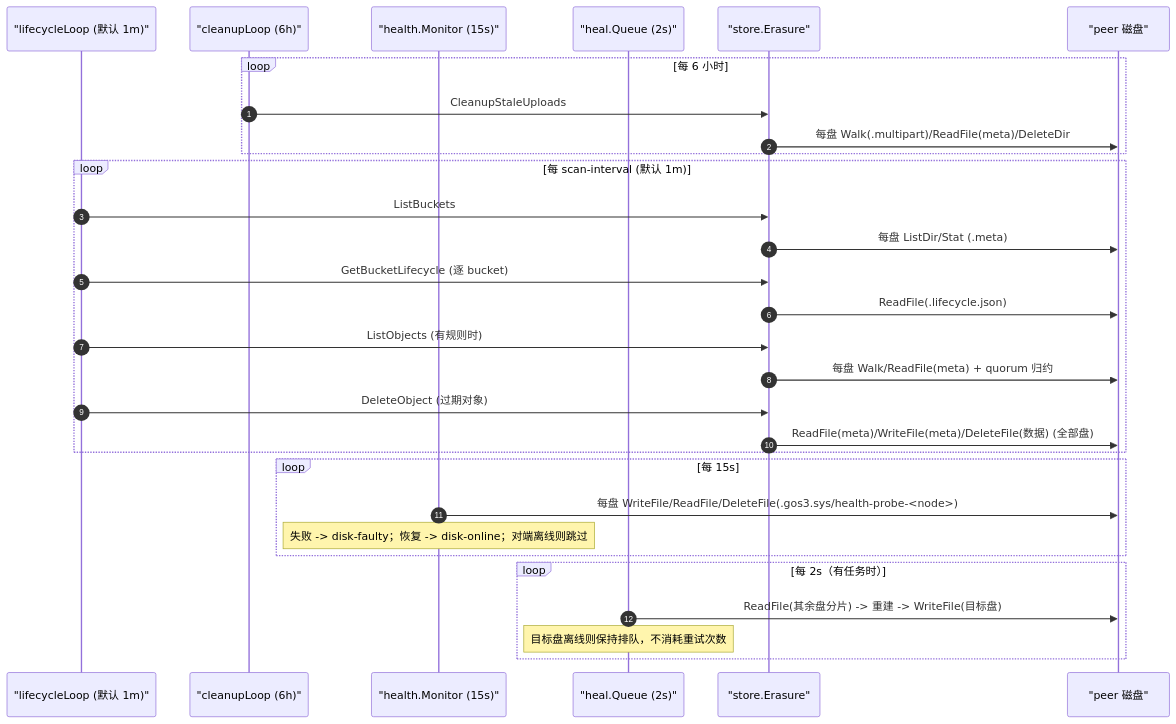
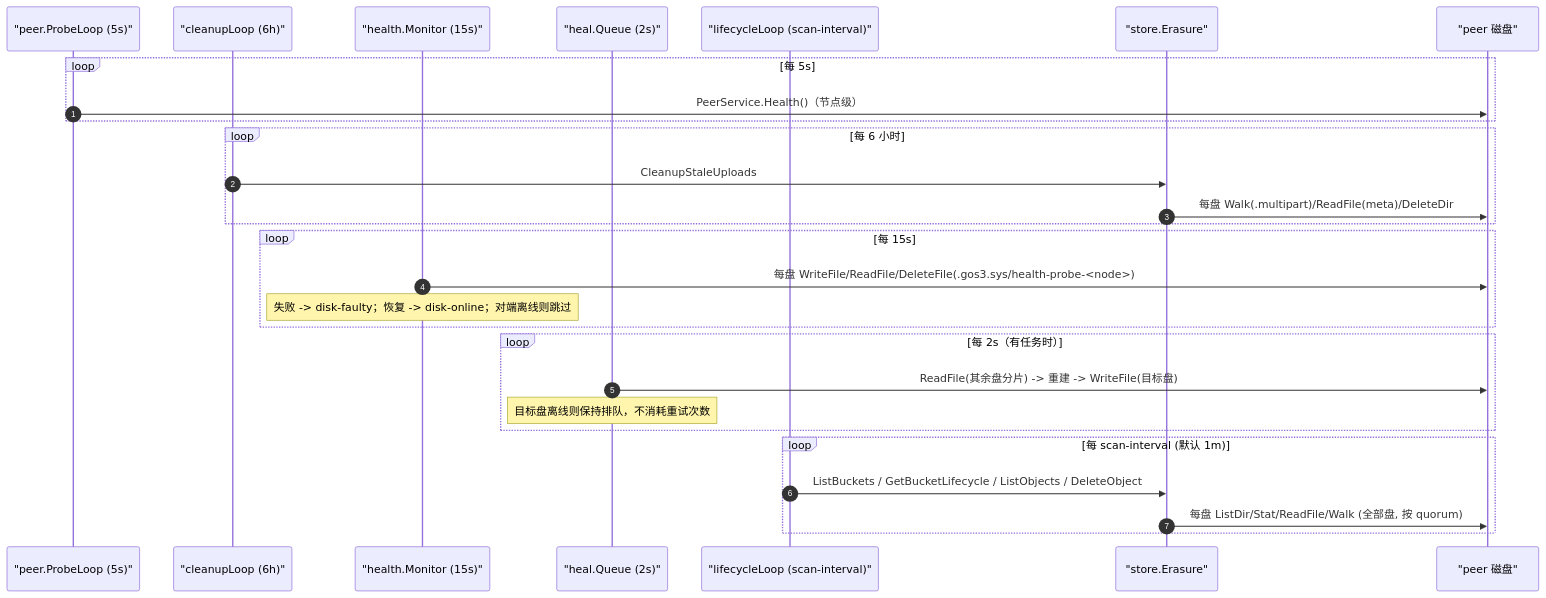
Before and after one commit to KeXingJian/gos3: the fifth of 6 diagrams in docs/cluster-communication.md, drawn with Mermaid. The commit also changed other lines of this file and 4 other files, not shown here.

````diff
--- a/docs/cluster-communication.md
+++ b/docs/cluster-communication.md
@@ -309,36 +312,35 @@
 ```mermaid
 sequenceDiagram
     autonumber
-    participant L as "lifecycleLoop (默认 1m)"
+    participant PL as "peer.ProbeLoop (5s)"
     participant C as "cleanupLoop (6h)"
     participant H as "health.Monitor (15s)"
     participant HL as "heal.Queue (2s)"
+    participant L as "lifecycleLoop (scan-interval)"
     participant ST as "store.Erasure"
     participant P as "peer 磁盘"
+
+    loop 每 5s
+        PL->>P: PeerService.Health()（节点级）
+    end
 
     loop 每 6 小时
         C->>ST: CleanupStaleUploads
         ST->>P: 每盘 Walk(.multipart)/ReadFile(meta)/DeleteDir
-    end
-
-    loop 每 scan-interval (默认 1m)
-        L->>ST: ListBuckets
-        ST->>P: 每盘 ListDir/Stat (.meta)
-        L->>ST: GetBucketLifecycle (逐 bucket)
-        ST->>P: ReadFile(.lifecycle.json)
-        L->>ST: ListObjects (有规则时)
-        ST->>P: 每盘 Walk/ReadFile(meta) + quorum 归约
-        L->>ST: DeleteObject (过期对象)
-        ST->>P: ReadFile(meta)/WriteFile(meta)/DeleteFile(数据) (全部盘)
     end
 
     loop 每 15s
         H->>P: 每盘 WriteFile/ReadFile/DeleteFile(.gos3.sys/health-probe-<node>)
         Note over H: 失败 -> disk-faulty；恢复 -> disk-online；对端离线则跳过
     end
 
     loop 每 2s（有任务时）
         HL->>P: ReadFile(其余盘分片) -> 重建 -> WriteFile(目标盘)
         Note over HL: 目标盘离线则保持排队，不消耗重试次数
     end
+
+    loop 每 scan-interval (默认 1m)
+        L->>ST: ListBuckets / GetBucketLifecycle / ListObjects / DeleteObject
+        ST->>P: 每盘 ListDir/Stat/ReadFile/Walk (全部盘, 按 quorum)
+    end
 ```
````
